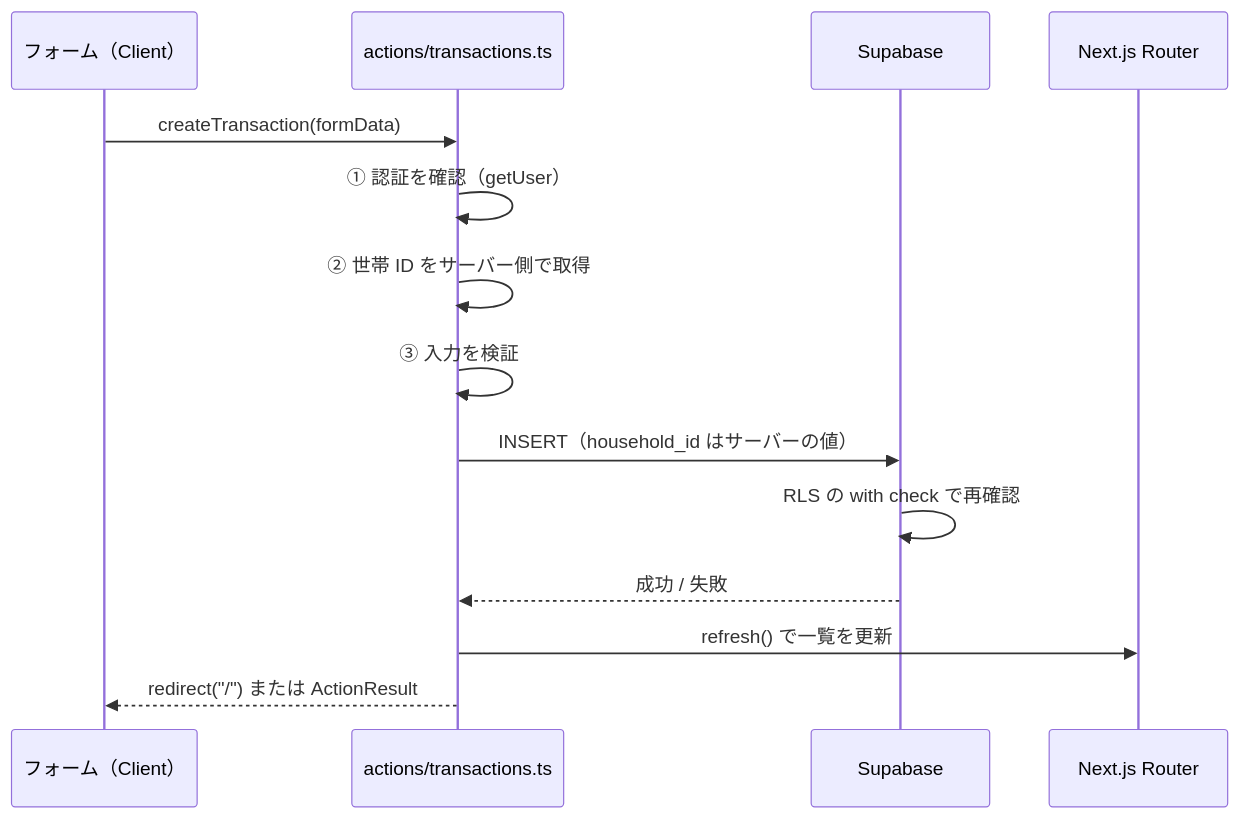
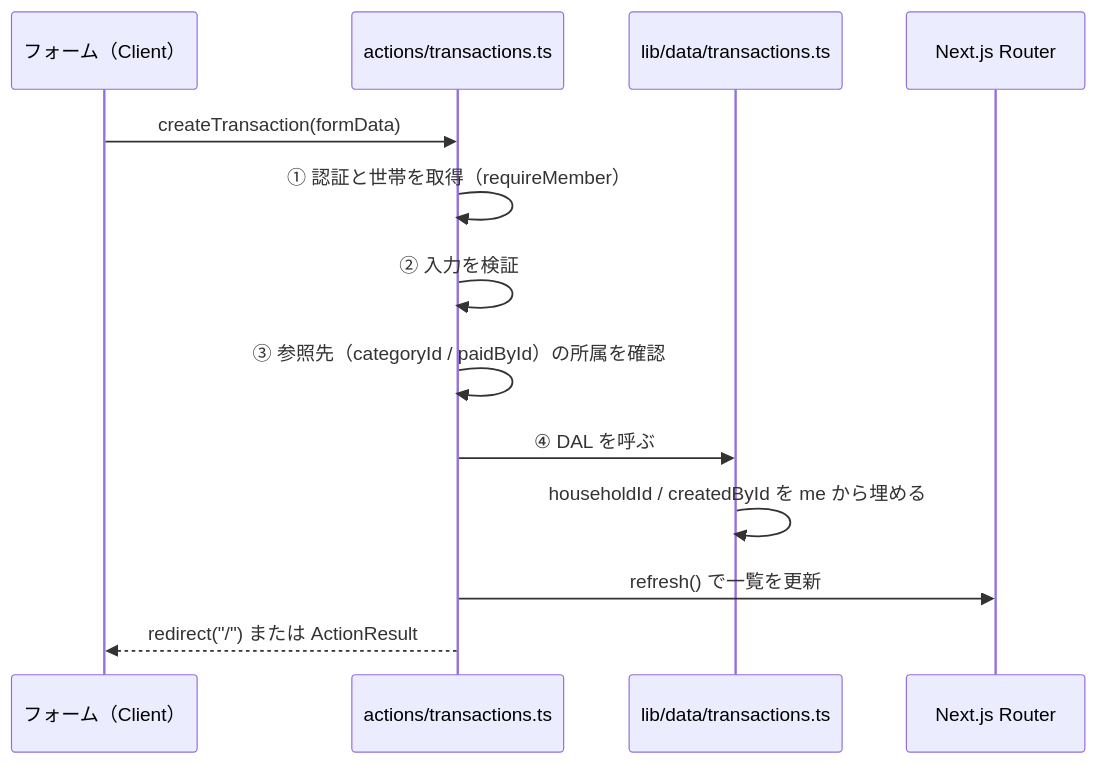
The fourth of 6 diagrams in docs/02-design/architecture.md (arize-matsuda/monely), drawn with Mermaid before and after one commit. The commit also changed other lines of this file and 34 other files, not shown here.

````diff
--- a/docs/02-design/architecture.md
+++ b/docs/02-design/architecture.md
@@ -189,17 +194,16 @@
 ```mermaid
 sequenceDiagram
     participant F as フォーム（Client）
     participant A as actions/transactions.ts
-    participant S as Supabase
+    participant D as lib/data/transactions.ts
     participant R as Next.js Router
 
     F->>A: createTransaction(formData)
-    A->>A: ① 認証を確認（getUser）
-    A->>A: ② 世帯 ID をサーバー側で取得
-    A->>A: ③ 入力を検証
-    A->>S: INSERT（household_id はサーバーの値）
-    S->>S: RLS の with check で再確認
-    S-->>A: 成功 / 失敗
+    A->>A: ① 認証と世帯を取得（requireMember）
+    A->>A: ② 入力を検証
+    A->>A: ③ 参照先（categoryId / paidById）の所属を確認
+    A->>D: ④ DAL を呼ぶ
+    D->>D: householdId / createdById を me から埋める
     A->>R: refresh() で一覧を更新
     A-->>F: redirect("/") または ActionResult
 ```
````
